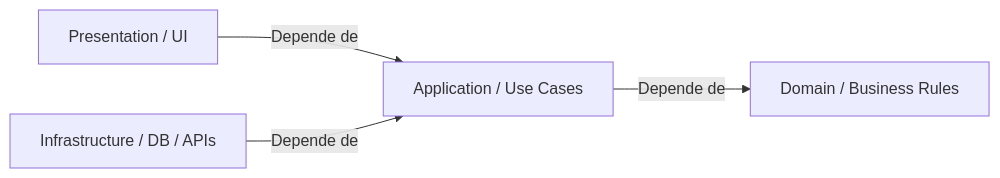
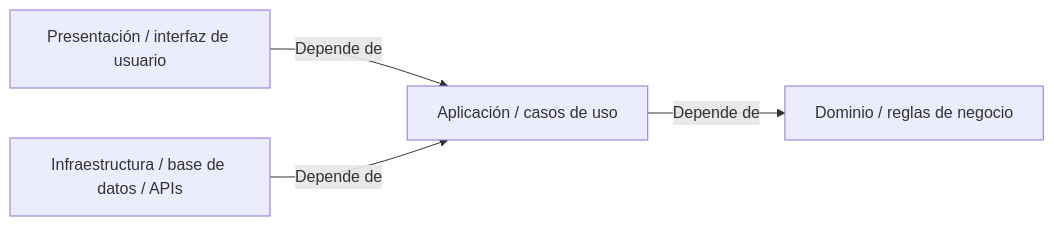
One commit to HernanFAR/teaching changed the first of 2 diagrams in docs/about/how-we-teach.md. Above: the diagram before and after it, drawn with Mermaid. The commit also changed other lines of this file, not shown here.

````diff
--- a/docs/about/how-we-teach.md
+++ b/docs/about/how-we-teach.md
@@ -66,11 +66,11 @@
 ```mermaid
 flowchart LR
-    P[Presentation / UI]
-    I[Infrastructure / DB / APIs]
-    A[Application / Use Cases]
-    D[Domain / Business Rules]
+    P[Presentación / interfaz de usuario]
+    I[Infraestructura / base de datos / APIs]
+    A[Aplicación / casos de uso]
+    D[Dominio / reglas de negocio]
 
     P -- Depende de --> A
     I -- Depende de --> A
     A -- Depende de --> D
 ```
````
